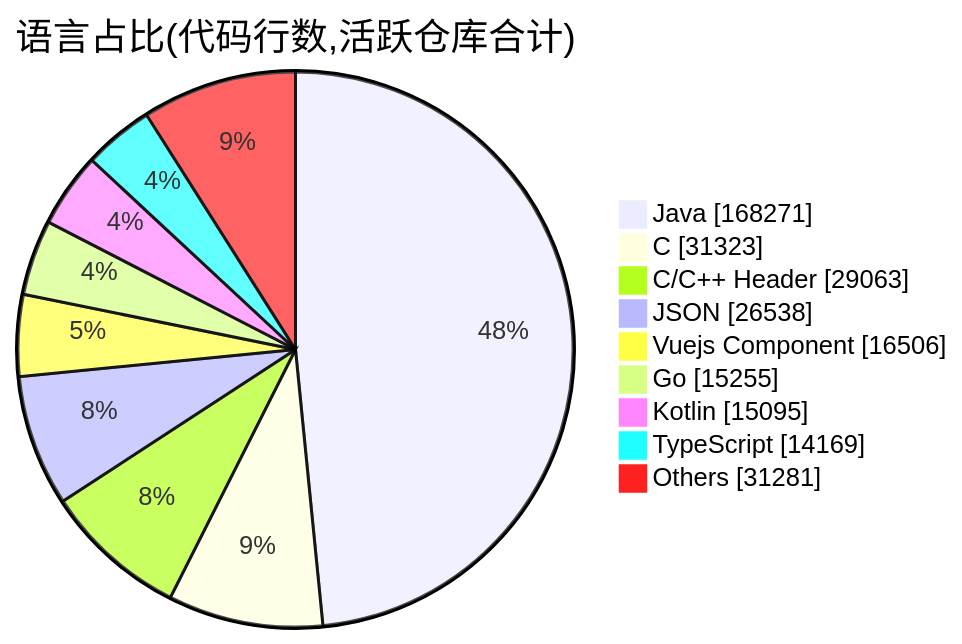
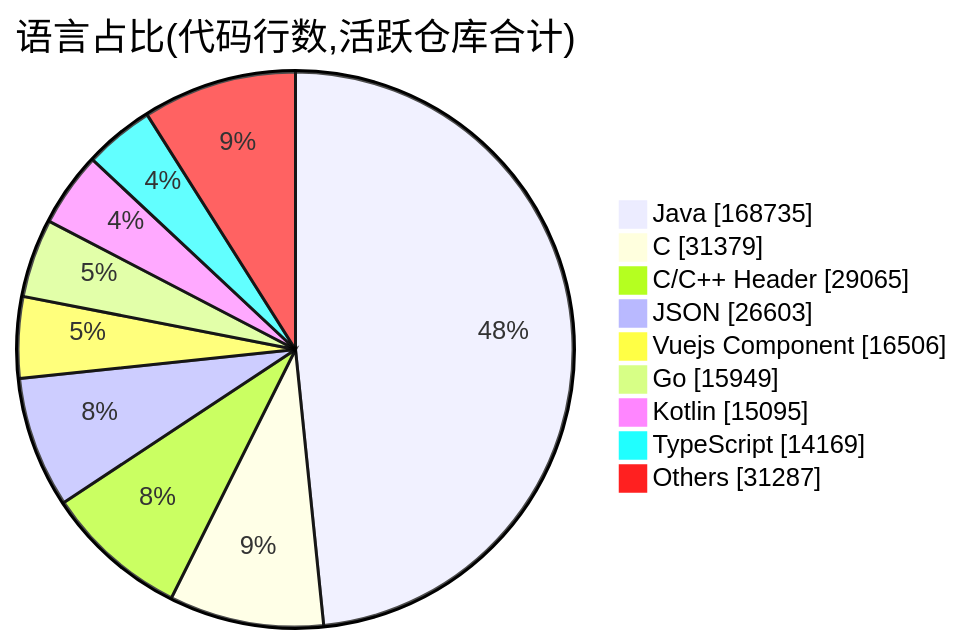
One commit to Conflux-Union/.github changed the second of 2 diagrams in profile/README.md. Above: the diagram before and after it, drawn with Mermaid. The commit also changed other lines of this file and 1 other file, not shown here.

````diff
--- a/profile/README.md
+++ b/profile/README.md
@@ -78,13 +78,13 @@
 ```mermaid
 pie showData
     title 语言占比(代码行数,活跃仓库合计)
-    "Java" : 168271
-    "C" : 31323
-    "C/C++ Header" : 29063
-    "JSON" : 26538
+    "Java" : 168735
+    "C" : 31379
+    "C/C++ Header" : 29065
+    "JSON" : 26603
     "Vuejs Component" : 16506
-    "Go" : 15255
+    "Go" : 15949
     "Kotlin" : 15095
     "TypeScript" : 14169
-    "Others" : 31281
+    "Others" : 31287
 ```
````
